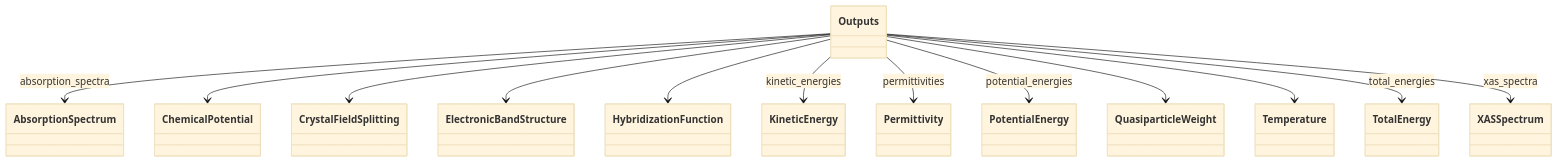
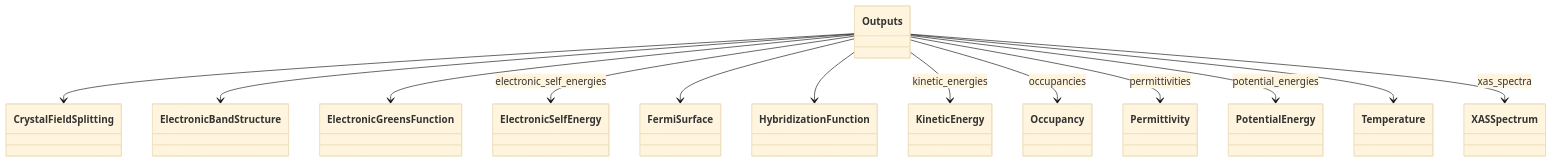
One commit to FAIRmat-NFDI/nomad-simulations changed the first of 2 diagrams in docs/schema/outputs.diagram.md. Above: the diagram before and after it, drawn with Mermaid (base theme). The commit also changed 110 other files, not shown here.

Commit message:
implement panzoom with mermaid

````diff
--- a/docs/schema/outputs.diagram.md
+++ b/docs/schema/outputs.diagram.md
@@ -16,41 +16,41 @@
 ```mermaid
 classDiagram
-    class AbsorptionSpectrum {
-    }
-    class ChemicalPotential {
-    }
     class CrystalFieldSplitting {
     }
     class ElectronicBandStructure {
     }
+    class ElectronicGreensFunction {
+    }
+    class ElectronicSelfEnergy {
+    }
+    class FermiSurface {
+    }
     class HybridizationFunction {
     }
     class KineticEnergy {
+    }
+    class Occupancy {
     }
     class Outputs {
     }
     class Permittivity {
     }
     class PotentialEnergy {
     }
-    class QuasiparticleWeight {
-    }
     class Temperature {
-    }
-    class TotalEnergy {
     }
     class XASSpectrum {
     }
-    Outputs --> AbsorptionSpectrum : absorption_spectra
-    Outputs --> ChemicalPotential
     Outputs --> CrystalFieldSplitting
     Outputs --> ElectronicBandStructure
+    Outputs --> ElectronicGreensFunction
+    Outputs --> ElectronicSelfEnergy : electronic_self_energies
+    Outputs --> FermiSurface
     Outputs --> HybridizationFunction
     Outputs --> KineticEnergy : kinetic_energies
+    Outputs --> Occupancy : occupancies
     Outputs --> Permittivity : permittivities
     Outputs --> PotentialEnergy : potential_energies
-    Outputs --> QuasiparticleWeight
     Outputs --> Temperature
-    Outputs --> TotalEnergy : total_energies
     Outputs --> XASSpectrum : xas_spectra
 ```
````
